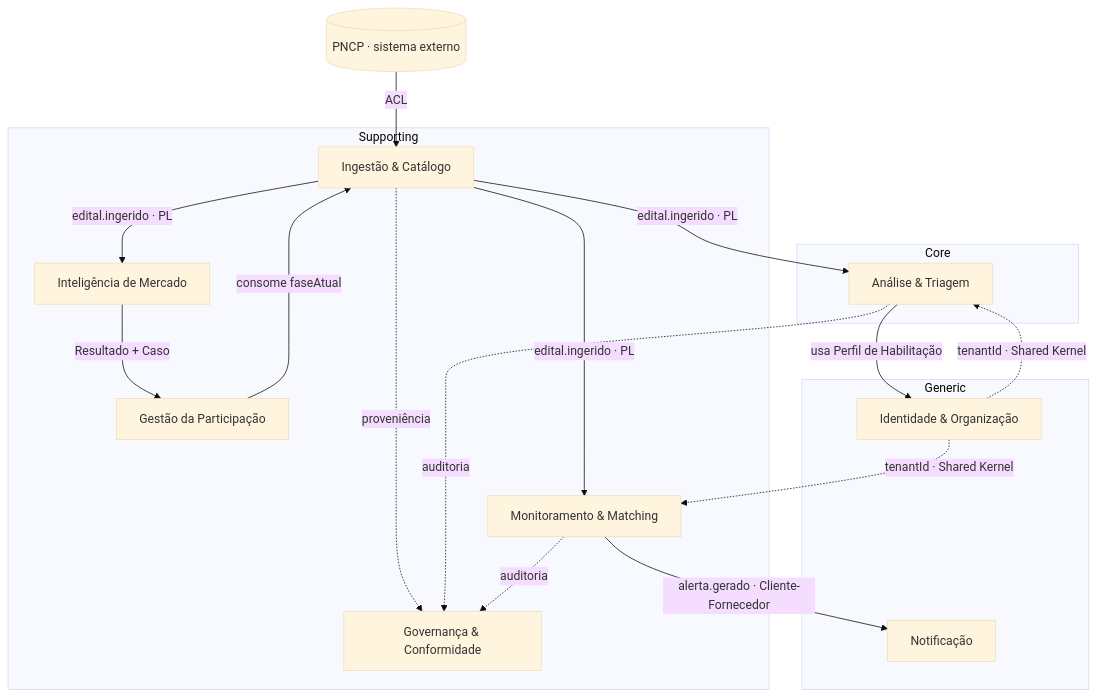
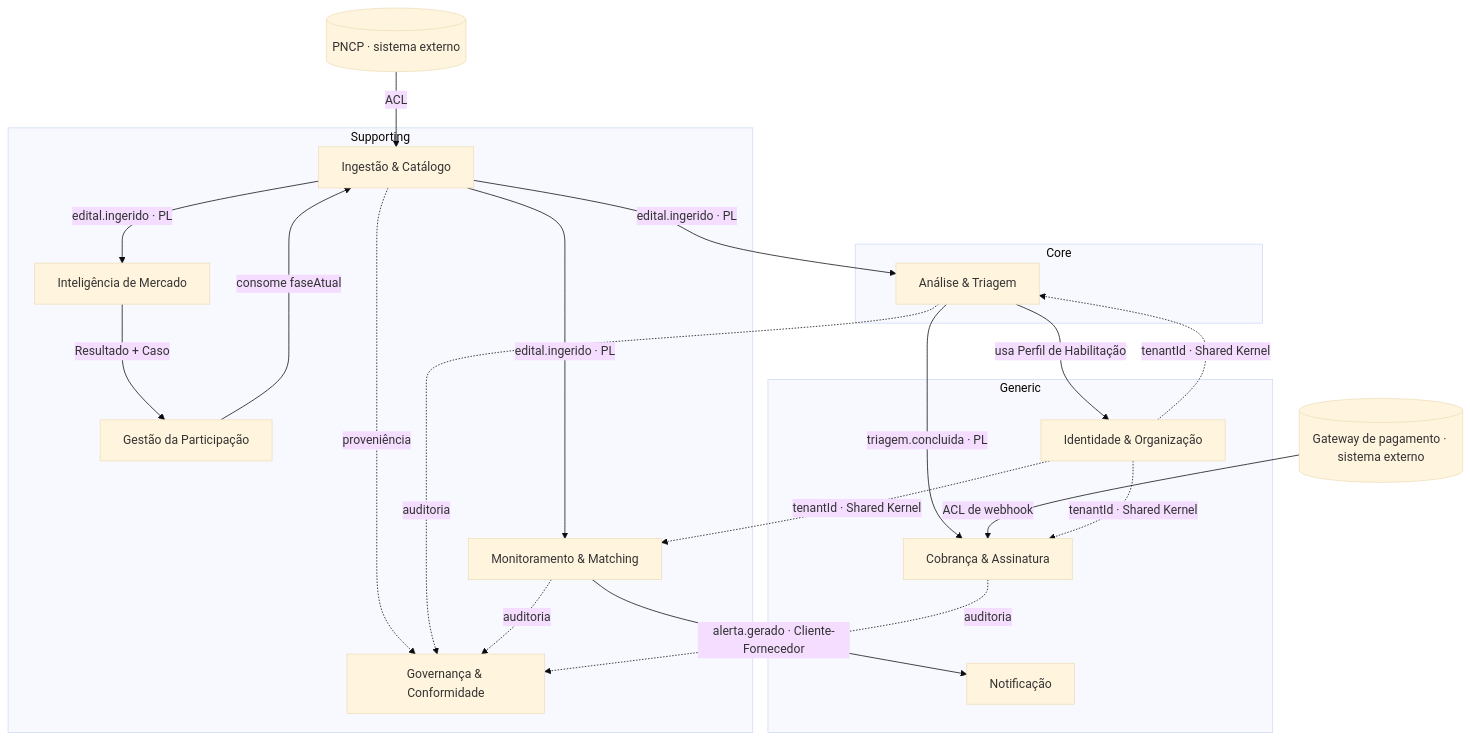
The diagram in docs/13-dominios-e-bounded-contexts.md (nashjunior/radar), drawn with Mermaid (base theme) before and after one commit. The commit also changed other lines of this file and 6 other files, not shown here.

````diff
--- a/docs/13-dominios-e-bounded-contexts.md
+++ b/docs/13-dominios-e-bounded-contexts.md
@@ -45,32 +64,38 @@
 ```mermaid
 flowchart TB
     PNCP[(PNCP · sistema externo)]
+    GTW[(Gateway de pagamento · sistema externo)]
     subgraph Core
       TRI[Análise & Triagem]
     end
     subgraph Supporting
       ING[Ingestão & Catálogo]
       MAT[Monitoramento & Matching]
       GES[Gestão da Participação]
       INT[Inteligência de Mercado]
       GOV[Governança & Conformidade]
     end
     subgraph Generic
       IDT[Identidade & Organização]
       NOT[Notificação]
+      COB[Cobrança & Assinatura]
     end
 
     PNCP -->|ACL| ING
     ING -->|edital.ingerido · PL| MAT
     ING -->|edital.ingerido · PL| TRI
     ING -->|edital.ingerido · PL| INT
     MAT -->|alerta.gerado · Cliente-Fornecedor| NOT
     TRI -->|usa Perfil de Habilitação| IDT
     GES -->|consome faseAtual| ING
     INT -->|Resultado + Caso| GES
+    TRI -->|triagem.concluida · PL| COB
+    GTW -->|ACL de webhook| COB
     IDT -.tenantId · Shared Kernel.-> MAT
     IDT -.tenantId · Shared Kernel.-> TRI
+    IDT -.tenantId · Shared Kernel.-> COB
     ING -.proveniência.-> GOV
     TRI -.auditoria.-> GOV
     MAT -.auditoria.-> GOV
+    COB -.auditoria.-> GOV
 ```
````
